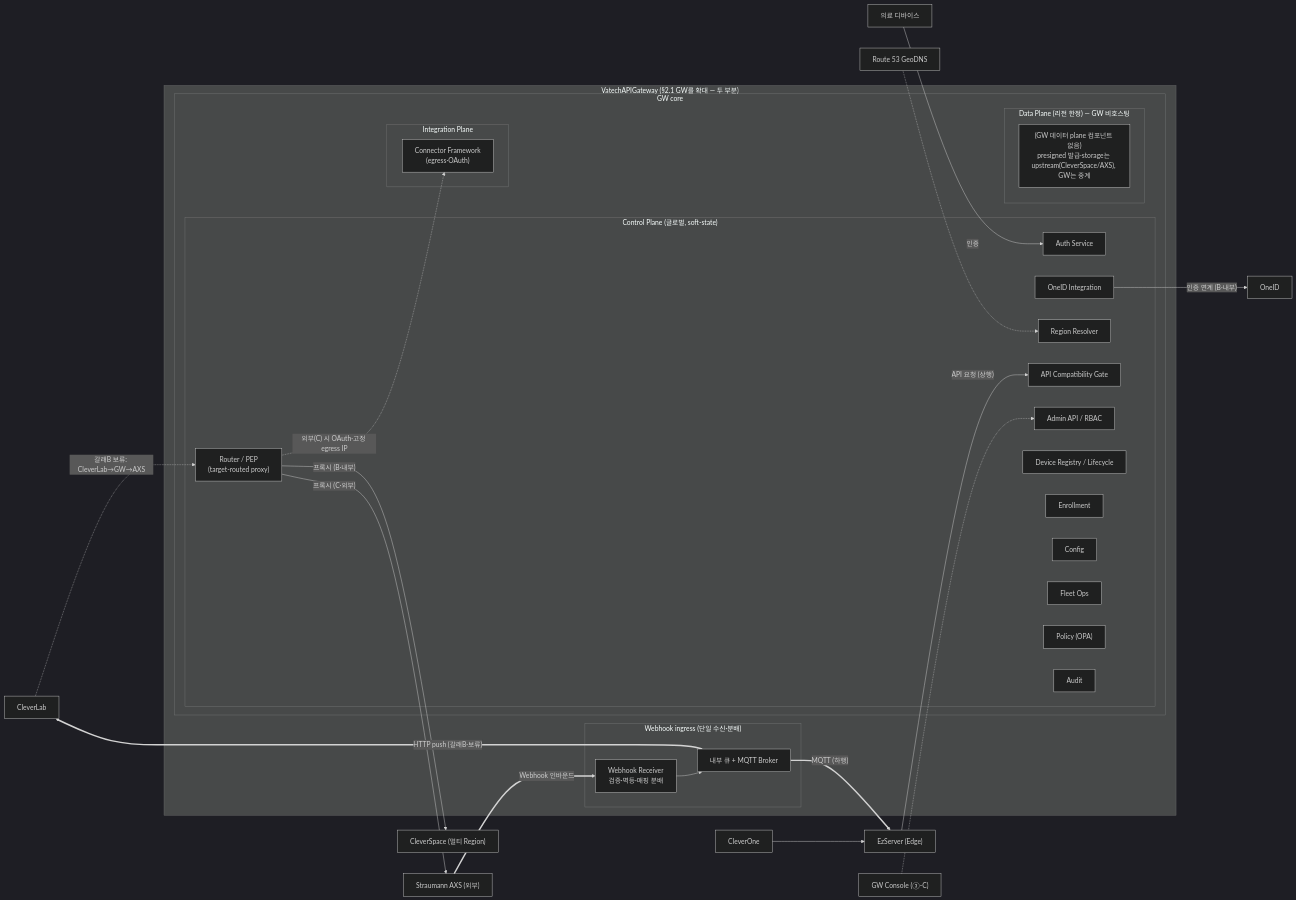
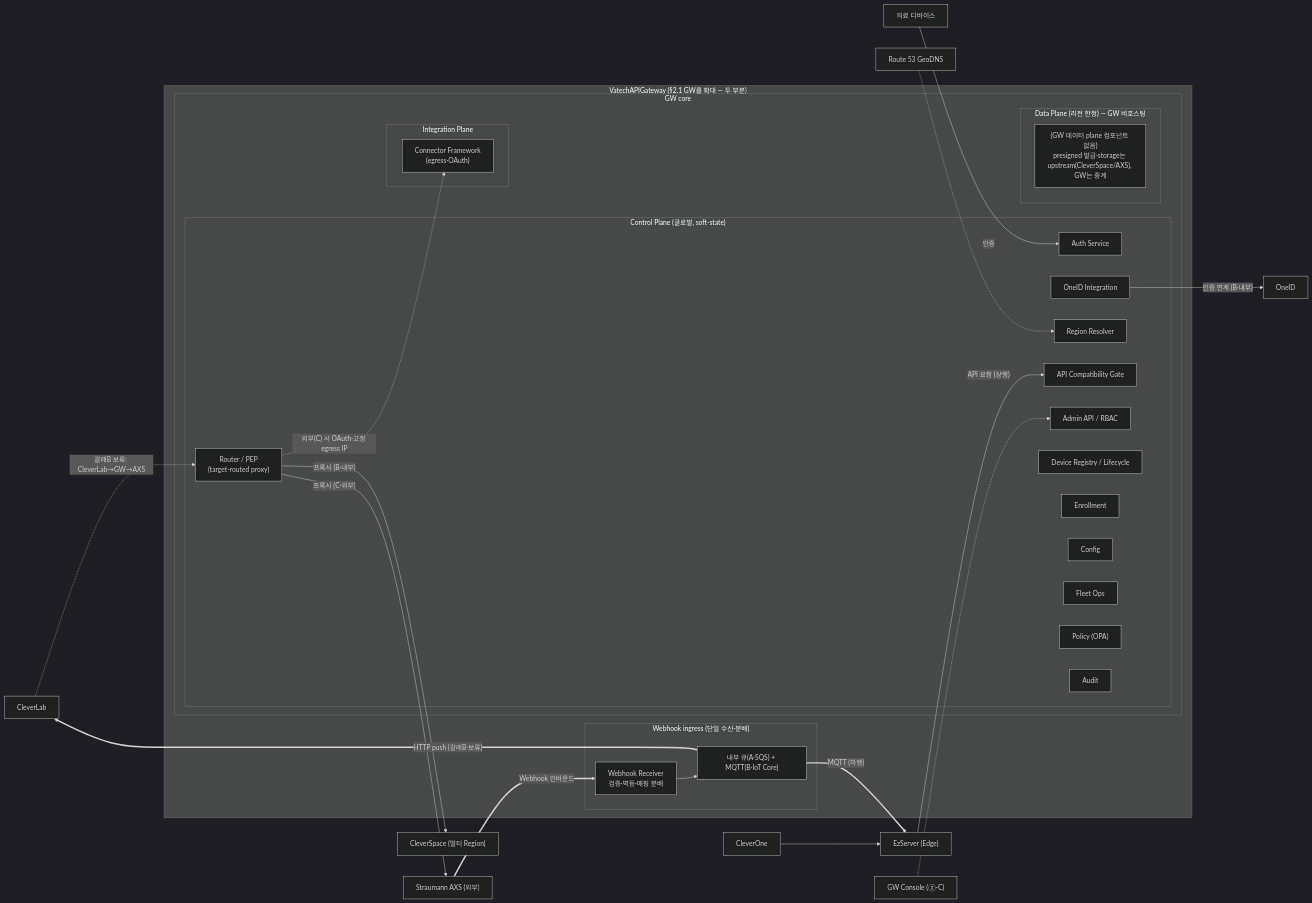
Before and after one commit to gracegyu/scp-architecture: the third of 11 diagrams in docs/VT_API_Gateway/08.VT_API_Gateway/specs/03-srs-gateway/SRS.md, drawn with Mermaid (dark theme). The commit also changed other lines of this file and 1 other file, not shown here.

Commit message:
문서 업데이트: VT API Gateway의 개발계획서 및 SRS 문서에서 기술 스택을 AWS 관리형 서비스로 갱신하고, 내부 큐 및 MQTT 브로커의 구성을 명확히 하여 시스템 설계의 일관성을 강화하였습니다. 데이터베이스 및 캐시 관리 방식을 구체화하고, EKS 기반 인프라의 원칙을 추가하여 클라우드 환경에서의 운영 효율성을 높였습니다.

````diff
--- a/docs/VT_API_Gateway/08.VT_API_Gateway/specs/03-srs-gateway/SRS.md
+++ b/docs/VT_API_Gateway/08.VT_API_Gateway/specs/03-srs-gateway/SRS.md
@@ -271,61 +271,61 @@
 ```mermaid
 flowchart LR
     %% 외부 시스템 — §2.1과 동일 (VatechAPIGateway 바깥은 §2.1과 완전히 같음)
     CO["CleverOne"]
     DEV["의료 디바이스"]
     EZ["EzServer (Edge)"]
     OID["OneID"]
     CS["CleverSpace (멀티 Region)"]
     CLAB["CleverLab"]
     AXS["Straumann AXS (외부)"]
     R53["Route 53 GeoDNS"]
     CONSOLE["GW Console (③-C)"]
 
     subgraph GWBOX["VatechAPIGateway (§2.1 GW를 확대 — 두 부분)"]
         subgraph CORE["GW core"]
             subgraph CTRL["Control Plane (글로벌, soft-state)"]
                 AUTH["Auth Service"]
                 OIDI["OneID Integration"]
                 ROUTER["Router / PEP<br/>(target-routed proxy)"]
                 RGN["Region Resolver"]
                 COMPAT["API Compatibility Gate"]
                 ADM["Admin API / RBAC"]
                 DREG["Device Registry / Lifecycle"]
                 ENR["Enrollment"]
                 CFG["Config"]
                 FLEET["Fleet Ops"]
                 OPA["Policy (OPA)"]
                 AUD["Audit"]
             end
             subgraph DATA["Data Plane (리전 한정) — GW 비호스팅"]
                 DNOTE["(GW 데이터 plane 컴포넌트 없음)<br/>presigned 발급·storage는 upstream(CleverSpace/AXS), GW는 중계"]
             end
             subgraph INTEG["Integration Plane"]
                 CONN["Connector Framework<br/>(egress·OAuth)"]
             end
         end
         subgraph WHTIER["Webhook ingress (단일 수신·분배)"]
             WH["Webhook Receiver<br/>검증·멱등·매핑 분배"]
-            WHQ["내부 큐 + MQTT Broker"]
+            WHQ["내부 큐(A·SQS) + MQTT(B·IoT Core)"]
             WH --> WHQ
         end
     end
 
     %% API 호출 — 대상 무관 동일 경로(target-routed proxy). 차이는 trust profile뿐
     CO --> EZ
     EZ -->|"API 요청 (상행)"| COMPAT
     DEV -->|"인증"| AUTH
     OIDI -->|"인증 연계 (B·내부)"| OID
     ROUTER -->|"프록시 (B·내부)"| CS
     ROUTER -->|"프록시 (C·외부)"| AXS
     ROUTER -.->|"외부(C) 시 OAuth·고정 egress IP"| CONN
     %% CleverLab은 프록시 대상 아님 — 갈래B 클라우드 클라이언트(보류): CleverLab→GW→AXS
     CLAB -.->|"갈래B 보류: CleverLab→GW→AXS"| ROUTER
     CONSOLE -.-> ADM
     R53 -.-> RGN
 
     %% Webhook(이벤트 인바운드)은 API 호출과 별개 — 현재 AXS만. 클라우드 수신=CleverLab만(갈래B 보류), CleverSpace는 대상 아님(§2.3.6)
     AXS ==>|"Webhook 인바운드"| WH
     WHQ ==>|"MQTT (하행)"| EZ
     WHQ ==>|"HTTP push (갈래B·보류)"| CLAB
 ```
````
